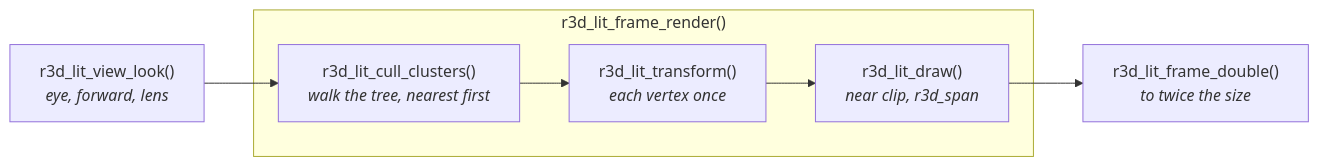
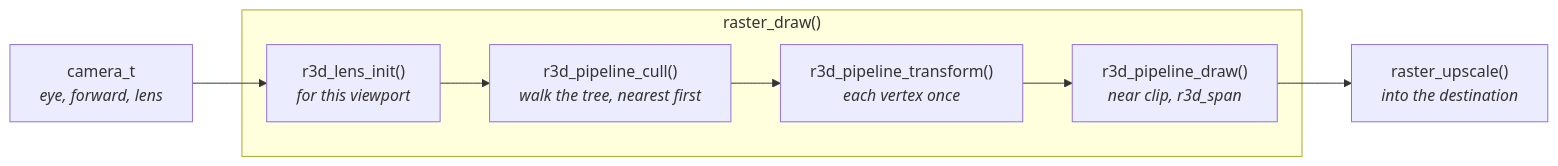
One commit to jose-villegas/autana changed the first of 3 diagrams in docs/Mesh-Rendering.md. Above: the diagram before and after it, drawn with Mermaid. The commit also changed other lines of this file and 65 other files, not shown here.

First line of the commit message:
render: a scene-author API - r3d.h, camera/raster/viewport modules, internals keep r3d_ (#521)

````diff
--- a/docs/Mesh-Rendering.md
+++ b/docs/Mesh-Rendering.md
@@ -33,9 +66,10 @@
 ```mermaid
 flowchart LR
-    View["r3d_lit_view_look()<br/><i>eye, forward, lens</i>"] --> Cull
-    subgraph Render["r3d_lit_frame_render()"]
-        Cull["r3d_lit_cull_clusters()<br/><i>walk the tree, nearest first</i>"] --> Transform["r3d_lit_transform()<br/><i>each vertex once</i>"]
-        Transform --> Draw["r3d_lit_draw()<br/><i>near clip, r3d_span</i>"]
+    Camera["camera_t<br/><i>eye, forward, lens</i>"] --> Lens
+    subgraph Render["raster_draw()"]
+        Lens["r3d_lens_init()<br/><i>for this viewport</i>"] --> Cull
+        Cull["r3d_pipeline_cull()<br/><i>walk the tree, nearest first</i>"] --> Transform["r3d_pipeline_transform()<br/><i>each vertex once</i>"]
+        Transform --> Draw["r3d_pipeline_draw()<br/><i>near clip, r3d_span</i>"]
     end
-    Draw --> Double["r3d_lit_frame_double()<br/><i>to twice the size</i>"]
+    Draw --> Upscale["raster_upscale()<br/><i>into the destination</i>"]
 ```
````
